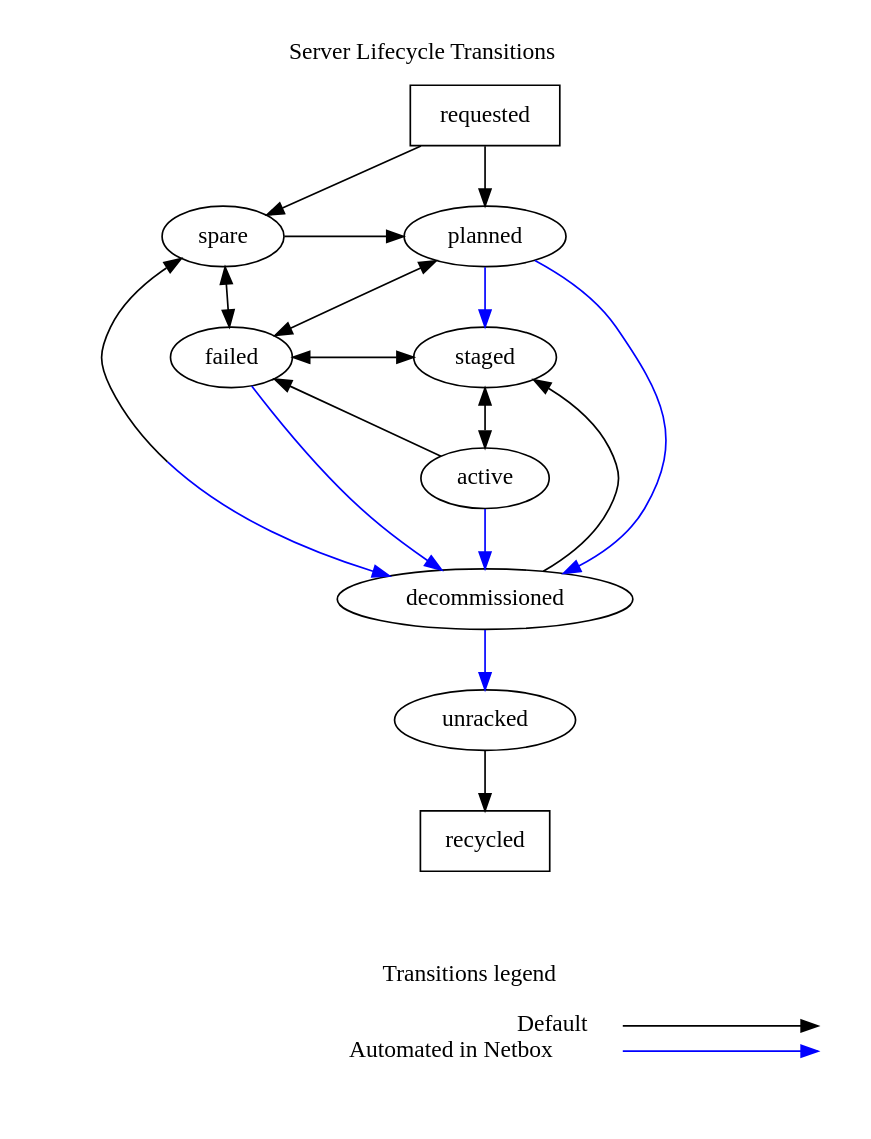
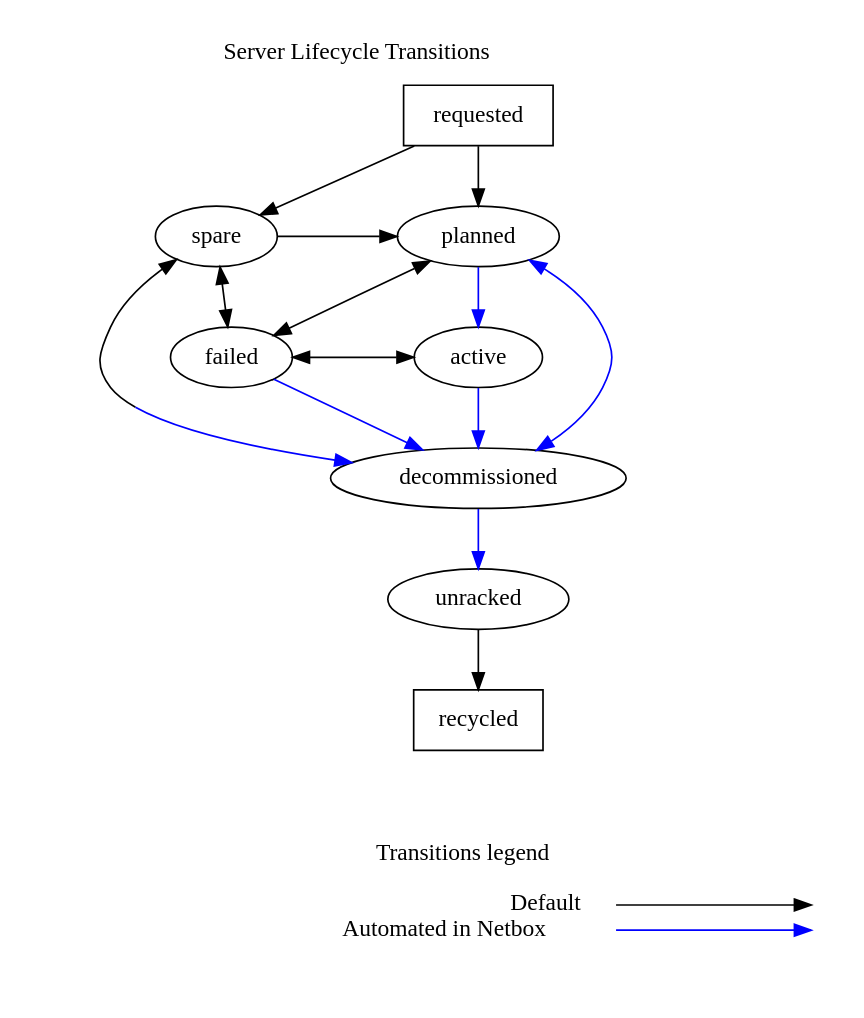
The diagram in doc/server_lifecycle.dot (wikimedia/operations-software-netbox-deploy), drawn with Graphviz before and after one commit.

Commit message:
doc: removed STAGED status from Netbox diagram
Bug: T320696

```diff
--- a/doc/server_lifecycle.dot
+++ b/doc/server_lifecycle.dot
@@ -1,69 +1,67 @@
 // Diagram to represent the transitions of the lifecyle of a server in the WMF Production environment
 // See https://wikitech.wikimedia.org/wiki/Server_Lifecycle
 // The wikiech file https://wikitech.wikimedia.org/wiki/File:Server_Lifecycle_Statuses.png
 // is generated from this file with: dot -T png server_lifecycle.dot -o Server_Lifecycle_Statuses.png
 
 digraph G {
     rankdir = TB;
     nodesep="1";
     ranksep=".5";
     concentrate=true;
 
     subgraph cluster_transitions {  // Main graph
         label = "Server Lifecycle Transitions";
         color = "transparent";
 
         // Explicit nodes with attributes, the others are implicit by the relationships
         requested  [shape="box", group="main"];  // Start of the diagram
         recycled [shape="box"];  // End of the diagram
         active [group="main"];  // Needed to force the vertical alignement
 
         // Allowed transitions (see also the legend at the bottom)
         requested -> spare;
         spare -> planned;
         spare -> failed [dir="both"];
         requested -> planned [weight=5];
         planned -> failed [dir="both"];
-        planned -> staged [weight=5, color="blue"];
-        staged -> active [weight=5, dir="both"];
-        staged -> failed [dir="both"];
+        planned -> active [weight=5, color="blue"];
         active -> decommissioned [weight=5, color="blue"];
-        active -> failed;
-        decommissioned -> staged;
+        active -> failed [dir="both"];
+        decommissioned -> planned;
         spare -> decommissioned [color="black;0.5:blue", dir="both"];
         decommissioned -> failed [color="blue", dir="back"];  // Defining it backward force it to be a separate line
         planned -> decommissioned [color="blue"];
         decommissioned -> unracked [weight=5, color="blue"];
         unracked -> recycled [weight=5];
 
         // Fix the ranking for better results
-        {rank = same; staged [group="main"]; failed;};
         {rank = same; planned [group="main"]; spare;};
+        {rank = same; active [group="main"]; failed;};
     }
 
     subgraph cluster_legend {  // Add a legend
         rank = sink;
         color = "transparent";
         node [color="transparent"]
         {rank=same; legend1; legend2}
         legend1 [
             label=<<table border="0" cellspacing="0" cellpadding="0" cellborder="0">
                 <tr><td align="right">Transitions legend  </td></tr>
                 <tr><td align="right"> </td></tr>
                 <tr><td align="right" port="i1">Default  </td></tr>
                 <tr><td align="right" port="i2">Automated in Netbox  </td></tr>
             </table>>]
         legend2 [
             shape="point",
             label=<<table border="0" cellspacing="0" cellpadding="0" cellborder="0">
                 <tr><td align="left"> </td></tr>
                 <tr><td align="left"> </td></tr>
                 <tr><td align="left" port="i1"> </td></tr>
                 <tr><td align="left" port="i2"> </td></tr>
             </table>>]
         legend1:i1 -> legend2:i1
         legend1:i2 -> legend2:i2 [color="blue"]
     }
 
     recycled -> legend1 [style="invis"];  // Position the legend with an invisible link
 }
```
